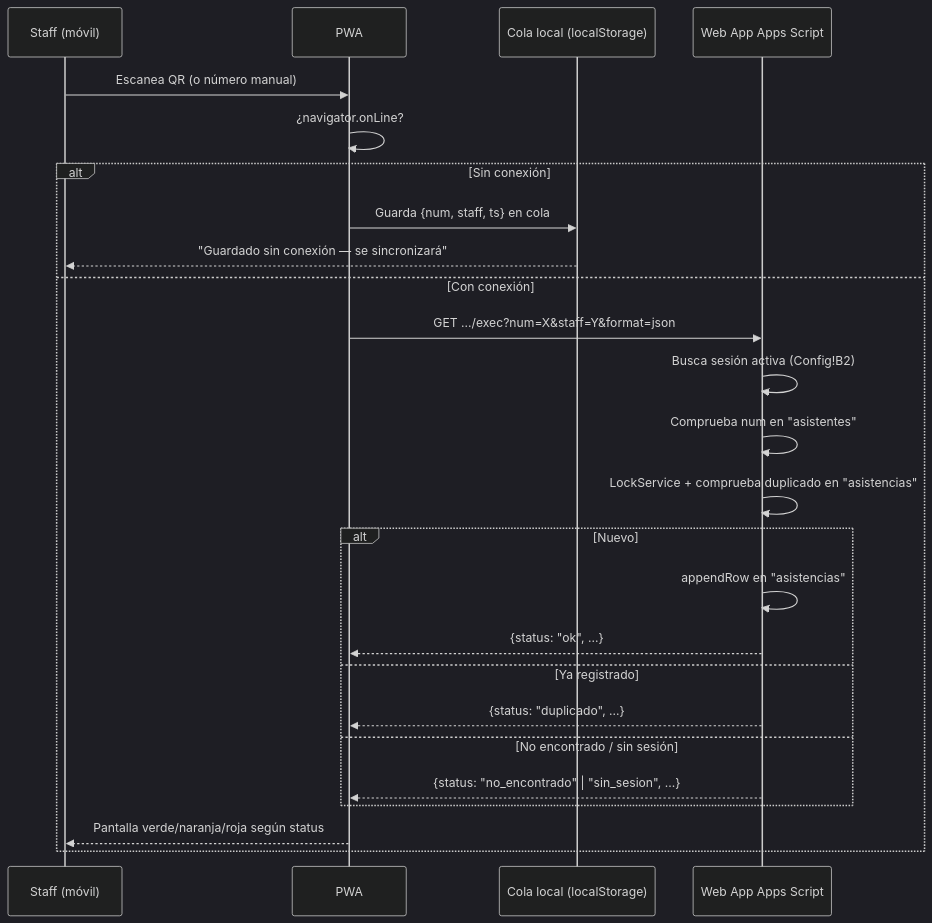
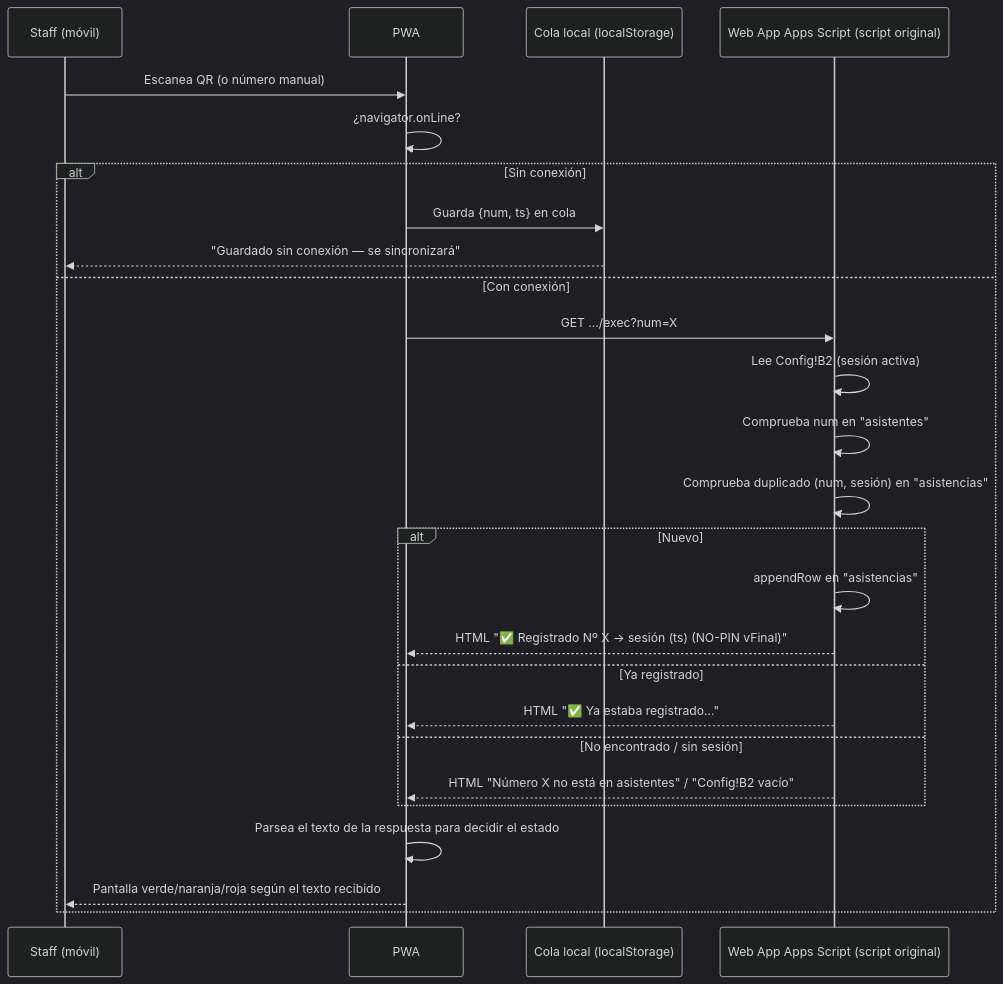
One commit to paulans17/AJ-app changed the second of 4 diagrams in docs/FLOWS.md. Above: the diagram before and after it, drawn with Mermaid (dark theme). The commit also changed other lines of this file and 5 other files, not shown here.

First line of the commit message:
D21: revertir apps-script/Code.gs al script original exacto, sin extensiones

````diff
--- a/docs/FLOWS.md
+++ b/docs/FLOWS.md
@@ -32,28 +33,29 @@
 ```mermaid
 sequenceDiagram
     participant U as Staff (móvil)
     participant App as PWA
     participant Q as Cola local (localStorage)
-    participant WA as Web App Apps Script
+    participant WA as Web App Apps Script (script original)
 
     U->>App: Escanea QR (o número manual)
     App->>App: ¿navigator.onLine?
     alt Sin conexión
-        App->>Q: Guarda {num, staff, ts} en cola
+        App->>Q: Guarda {num, ts} en cola
         Q-->>U: "Guardado sin conexión — se sincronizará"
     else Con conexión
-        App->>WA: GET .../exec?num=X&staff=Y&format=json
-        WA->>WA: Busca sesión activa (Config!B2)
+        App->>WA: GET .../exec?num=X
+        WA->>WA: Lee Config!B2 (sesión activa)
         WA->>WA: Comprueba num en "asistentes"
-        WA->>WA: LockService + comprueba duplicado en "asistencias"
+        WA->>WA: Comprueba duplicado (num, sesión) en "asistencias"
         alt Nuevo
             WA->>WA: appendRow en "asistencias"
-            WA-->>App: {status: "ok", ...}
+            WA-->>App: HTML "✅ Registrado Nº X → sesión (ts) (NO-PIN vFinal)"
         else Ya registrado
-            WA-->>App: {status: "duplicado", ...}
+            WA-->>App: HTML "✅ Ya estaba registrado..."
         else No encontrado / sin sesión
-            WA-->>App: {status: "no_encontrado" | "sin_sesion", ...}
+            WA-->>App: HTML "Número X no está en asistentes" / "Config!B2 vacío"
         end
-        App-->>U: Pantalla verde/naranja/roja según status
+        App->>App: Parsea el texto de la respuesta para decidir el estado
+        App-->>U: Pantalla verde/naranja/roja según el texto recibido
     end
 ```
````
